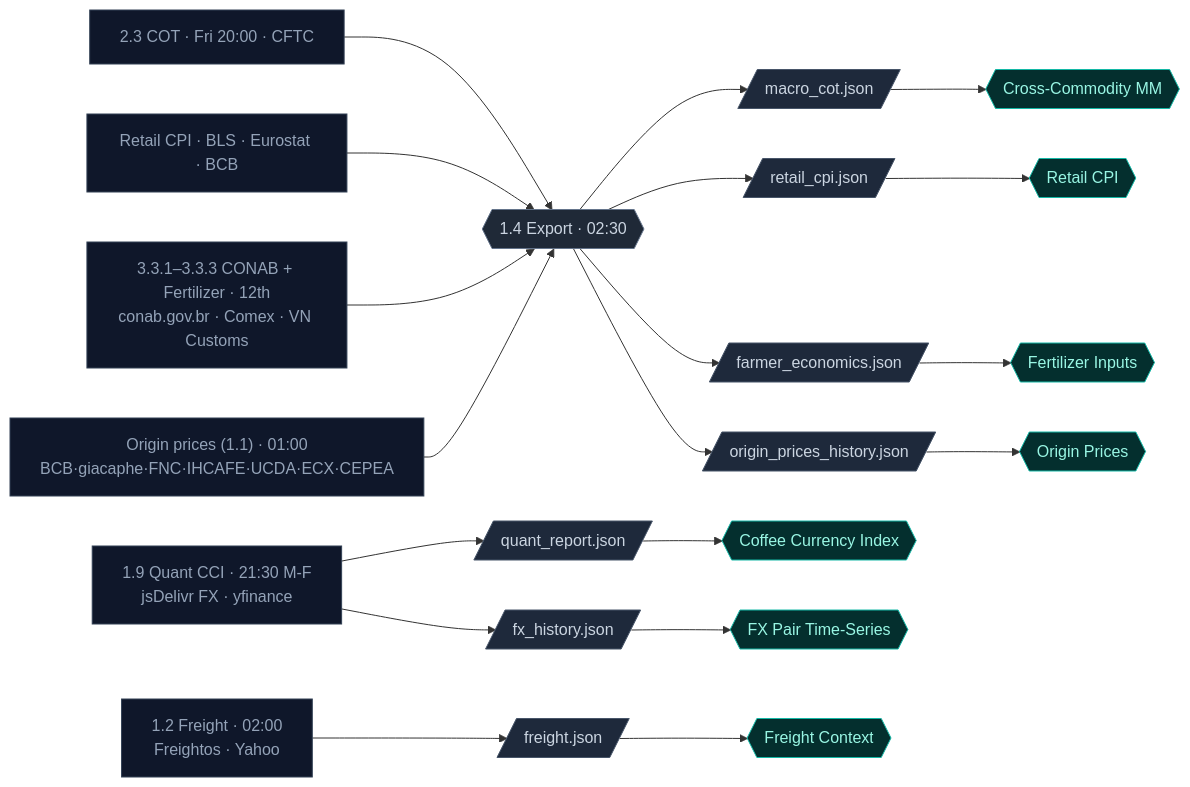
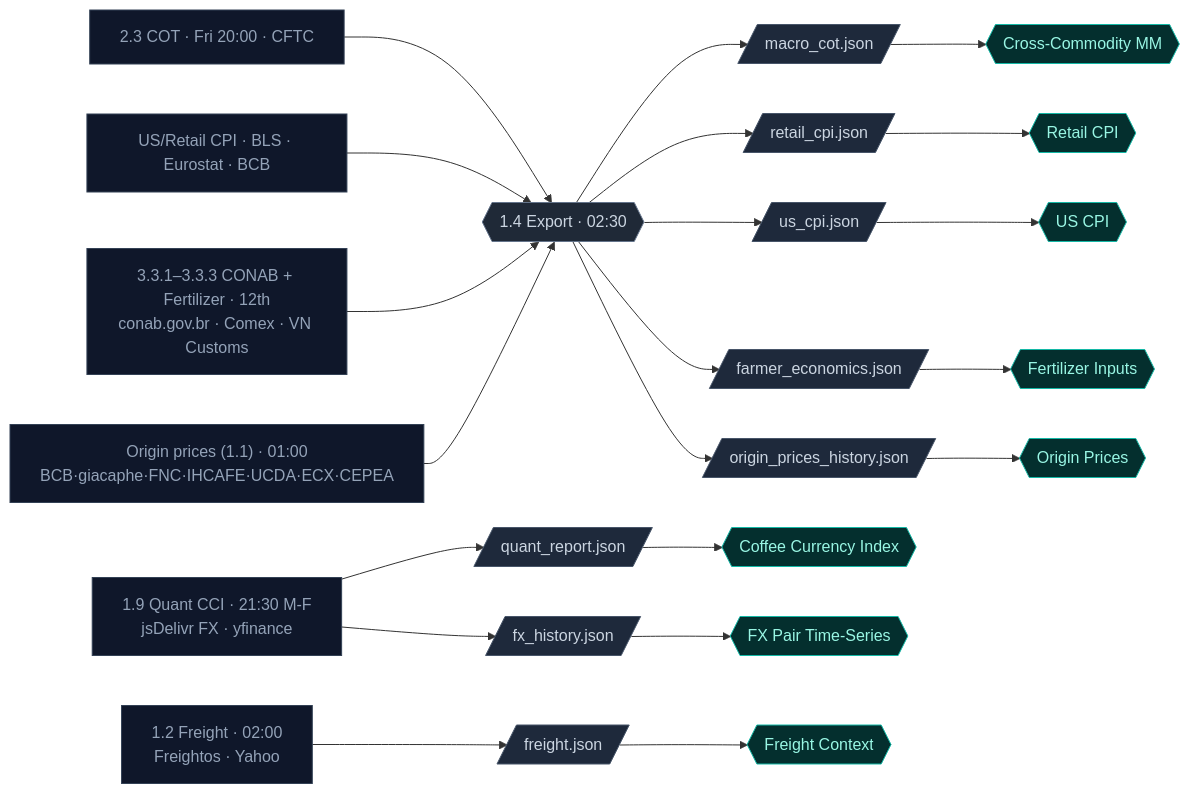
One commit to loicscanu-ctrl/Coffee-intel-map changed the seventh of 9 diagrams in docs/DATA_PLATFORM_MAP.md. Above: the diagram before and after it, drawn with Mermaid. The commit also changed other lines of this file and 1 other file, not shown here.

Commit message:
docs: register us_cpi.json in data-map page + DATA_PLATFORM_MAP
Add us_cpi.json → UsCpiPanel (Macro · Inflation · US CPI) to the flow
registry, Macro mermaid diagram, and tab summary in both the in-app
data-map and the platform-map doc.

````diff
--- a/docs/DATA_PLATFORM_MAP.md
+++ b/docs/DATA_PLATFORM_MAP.md
@@ -501,45 +502,48 @@
 ```mermaid
 flowchart LR
   W19["1.9 Quant CCI · 21:30 M-F<br/>jsDelivr FX · yfinance"]
   W12["1.2 Freight · 02:00<br/>Freightos · Yahoo"]
   W23["2.3 COT · Fri 20:00 · CFTC"]
   WORIG["Origin prices (1.1) · 01:00<br/>BCB·giacaphe·FNC·IHCAFE·UCDA·ECX·CEPEA"]
-  WCPI["Retail CPI · BLS · Eurostat · BCB"]
+  WCPI["US/Retail CPI · BLS · Eurostat · BCB"]
   W33["3.3.1–3.3.3 CONAB + Fertilizer · 12th<br/>conab.gov.br · Comex · VN Customs"]
   EXP{{"1.4 Export · 02:30"}}
   J_mac[/macro_cot.json/]
   J_q[/quant_report.json/]
   J_fx[/fx_history.json/]
   J_fr[/freight.json/]
   J_cpi[/retail_cpi.json/]
+  J_uscpi[/us_cpi.json/]
   J_fe[/farmer_economics.json/]
   J_orig[/origin_prices_history.json/]
   xc{{Cross-Commodity MM}}
   cci{{Coffee Currency Index}}
   fx{{FX Pair Time-Series}}
   fr{{Freight Context}}
   cpi{{Retail CPI}}
+  uscpi{{US CPI}}
   fert{{Fertilizer Inputs}}
   orig{{Origin Prices}}
   W23 --> EXP
   WCPI --> EXP
   W33 --> EXP
   WORIG --> EXP
   EXP --> J_mac --> xc
   EXP --> J_cpi --> cpi
+  EXP --> J_uscpi --> uscpi
   EXP --> J_fe --> fert
   EXP --> J_orig --> orig
   W19 --> J_q --> cci
   W19 --> J_fx --> fx
   W12 --> J_fr --> fr
 
   classDef scr fill:#0f172a,stroke:#334155,color:#94a3b8;
   classDef store fill:#450a0a,stroke:#ef4444,color:#fecaca;
   classDef proc fill:#1f2937,stroke:#64748b,color:#cbd5e1;
   classDef json fill:#1e293b,stroke:#475569,color:#cbd5e1;
   classDef vis fill:#042f2e,stroke:#14b8a6,color:#99f6e4;
   class W19,W12,W23,WORIG,WCPI,W33 scr;
   class EXP proc;
-  class J_mac,J_q,J_fx,J_fr,J_cpi,J_fe,J_orig json;
-  class xc,cci,fx,fr,cpi,fert,orig vis;
+  class J_mac,J_q,J_fx,J_fr,J_cpi,J_uscpi,J_fe,J_orig json;
+  class xc,cci,fx,fr,cpi,uscpi,fert,orig vis;
 ```
````
